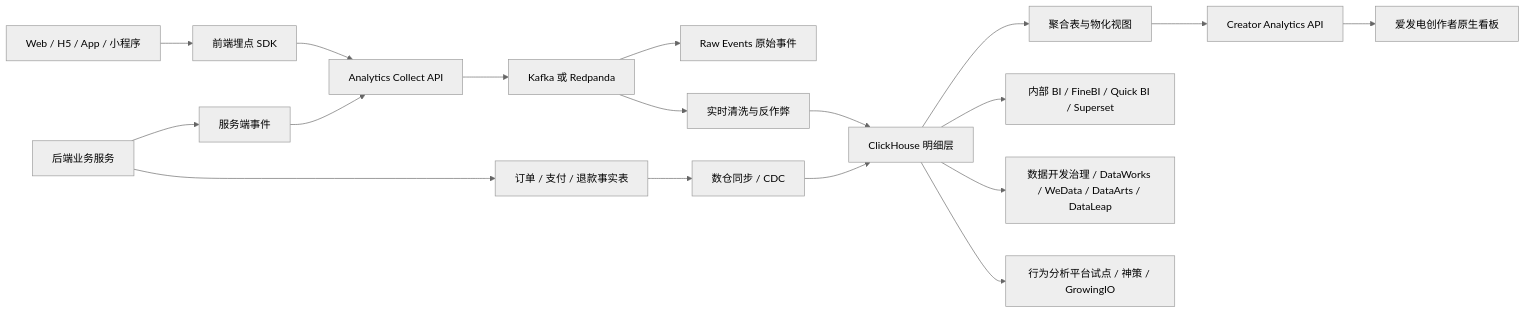
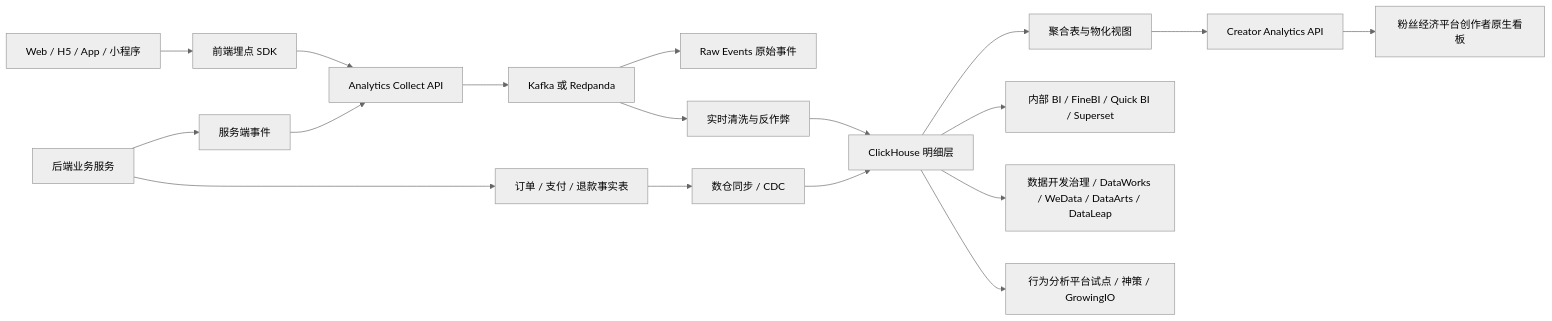
The diagram in creator-analytics-platform/source.md (xcheese/xcheese.github.io), drawn with Mermaid (neutral theme) before and after one commit. The commit also changed other lines of this file and 1 other file, not shown here.

````diff
--- a/creator-analytics-platform/source.md
+++ b/creator-analytics-platform/source.md
@@ -150,20 +150,20 @@
 ```mermaid
 flowchart LR
   A[Web / H5 / App / 小程序] --> B[前端埋点 SDK]
   C[后端业务服务] --> D[服务端事件]
   B --> E[Analytics Collect API]
   D --> E
   E --> F[Kafka 或 Redpanda]
   F --> G[Raw Events 原始事件]
   F --> H[实时清洗与反作弊]
   H --> I[ClickHouse 明细层]
   I --> J[聚合表与物化视图]
   C --> K[订单 / 支付 / 退款事实表]
   K --> L[数仓同步 / CDC]
   L --> I
   J --> M[Creator Analytics API]
-  M --> N[爱发电创作者原生看板]
+  M --> N[粉丝经济平台创作者原生看板]
   I --> O[内部 BI / FineBI / Quick BI / Superset]
   I --> P[数据开发治理 / DataWorks / WeData / DataArts / DataLeap]
   I --> Q[行为分析平台试点 / 神策 / GrowingIO]
 ```
````
